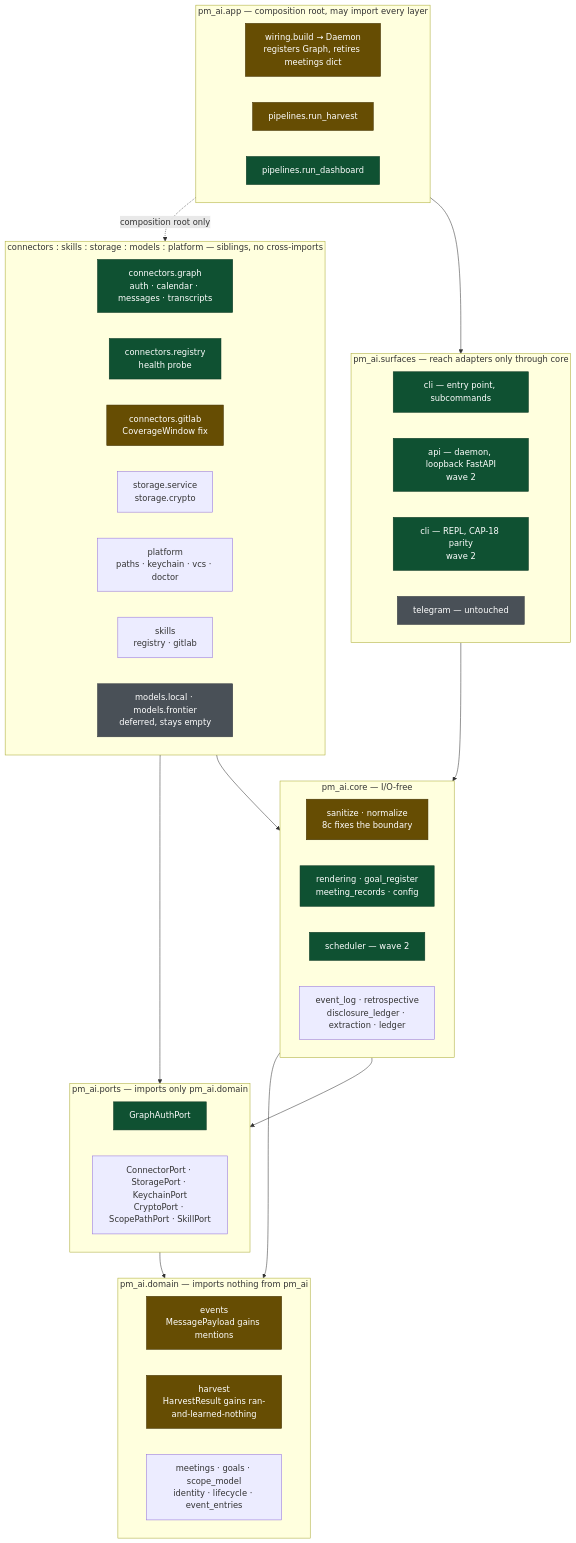
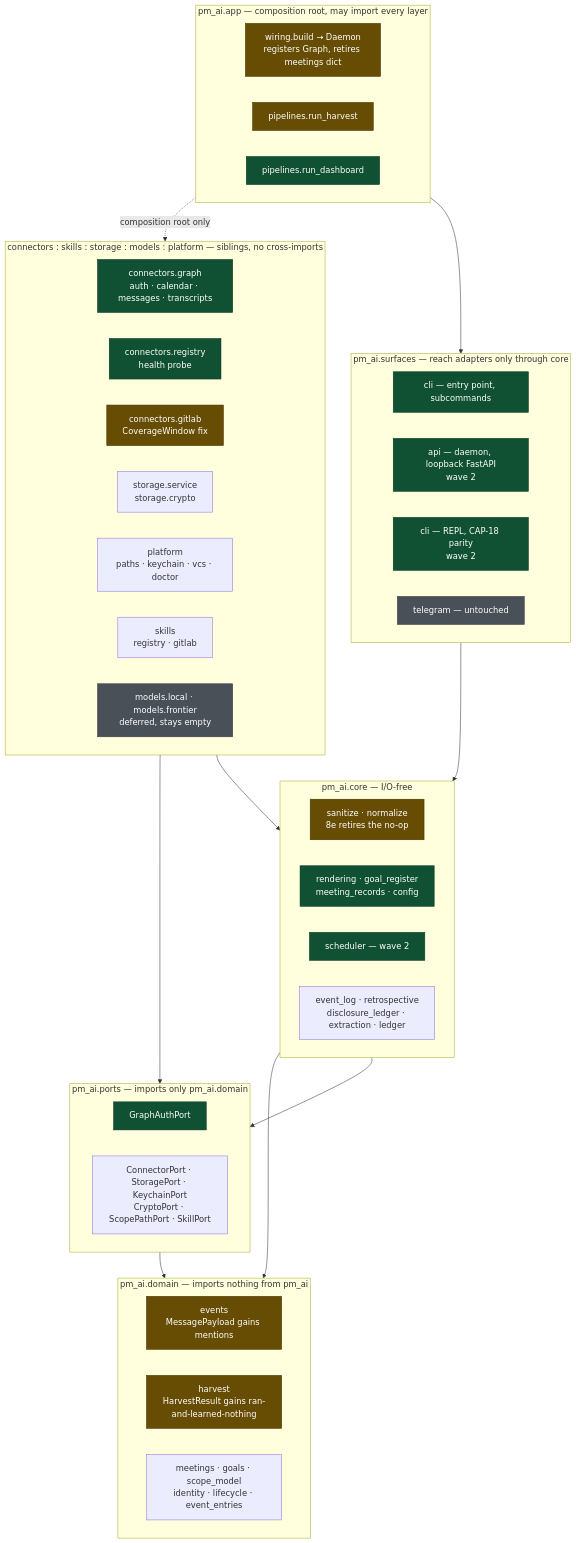
Before and after one commit to aramaniuk/pm-ai: the first of 3 diagrams in _bmad-output/implementation-artifacts/prototype-path-2026-09-01.md, drawn with Mermaid. The commit also changed other lines of this file and 1 other file, not shown here.

````diff
--- a/_bmad-output/implementation-artifacts/prototype-path-2026-09-01.md
+++ b/_bmad-output/implementation-artifacts/prototype-path-2026-09-01.md
@@ -115,65 +115,65 @@
 ```mermaid
 flowchart TB
     subgraph L_app["pm_ai.app — composition root, may import every layer"]
         direction LR
         wiring["wiring.build → Daemon<br/>registers Graph, retires meetings dict"]
         pipes["pipelines.run_harvest"]
         dashpipe["pipelines.run_dashboard"]
     end
 
     subgraph L_surf["pm_ai.surfaces — reach adapters only through core"]
         direction LR
         scli["cli — entry point, subcommands"]
         sapi["api — daemon, loopback FastAPI<br/>wave 2"]
         srepl["cli — REPL, CAP-18 parity<br/>wave 2"]
         stg["telegram — untouched"]
     end
 
     subgraph L_adapt["connectors : skills : storage : models : platform — siblings, no cross-imports"]
         direction LR
         agraph["connectors.graph<br/>auth · calendar · messages · transcripts"]
         acreg["connectors.registry<br/>health probe"]
         agit["connectors.gitlab<br/>CoverageWindow fix"]
         astore["storage.service<br/>storage.crypto"]
         aplat["platform<br/>paths · keychain · vcs · doctor"]
         askill["skills<br/>registry · gitlab"]
         amod["models.local · models.frontier<br/>deferred, stays empty"]
     end
 
     subgraph L_core["pm_ai.core — I/O-free"]
         direction LR
-        csan["sanitize · normalize<br/>8c fixes the boundary"]
+        csan["sanitize · normalize<br/>8e retires the no-op"]
         cnew["rendering · goal_register<br/>meeting_records · config"]
         csched["scheduler — wave 2"]
         cexist["event_log · retrospective<br/>disclosure_ledger · extraction · ledger"]
     end
 
     subgraph L_ports["pm_ai.ports — imports only pm_ai.domain"]
         direction LR
         gport["GraphAuthPort"]
         cport["ConnectorPort · StoragePort · KeychainPort<br/>CryptoPort · ScopePathPort · SkillPort"]
     end
 
     subgraph L_dom["pm_ai.domain — imports nothing from pm_ai"]
         direction LR
         dev["events<br/>MessagePayload gains mentions"]
         dharv["harvest<br/>HarvestResult gains ran-and-learned-nothing"]
         dstable["meetings · goals · scope_model<br/>identity · lifecycle · event_entries"]
     end
 
     dashpipe --> scli
     dashpipe -.->|composition root only| agraph
     scli --> cnew
     agraph --> csan
     astore --> cport
     cnew --> cport
     csan --> dev
     cport --> dstable
 
     classDef new fill:#0f5132,stroke:#0a3622,color:#ffffff
     classDef chg fill:#664d03,stroke:#413003,color:#ffffff
     classDef defer fill:#495057,stroke:#343a40,color:#ffffff
     class scli,sapi,srepl,agraph,acreg,cnew,csched,gport,dashpipe new
     class agit,wiring,pipes,dev,dharv,csan chg
     class amod,stg defer
 ```
````
